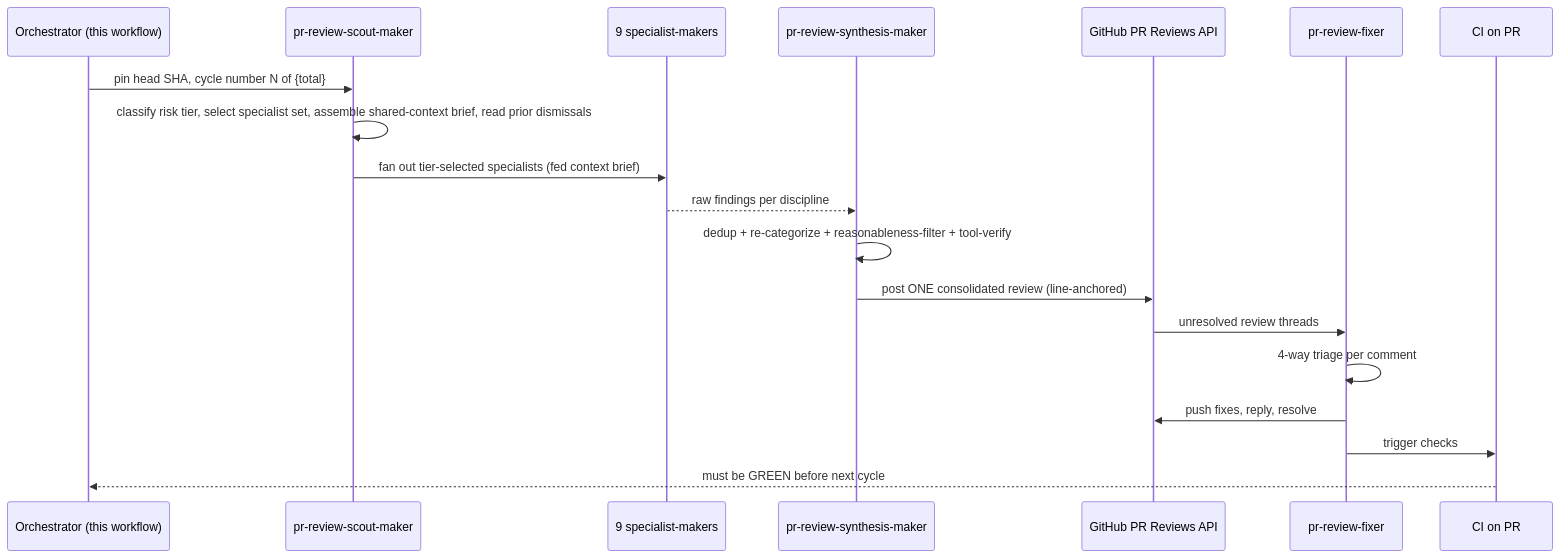
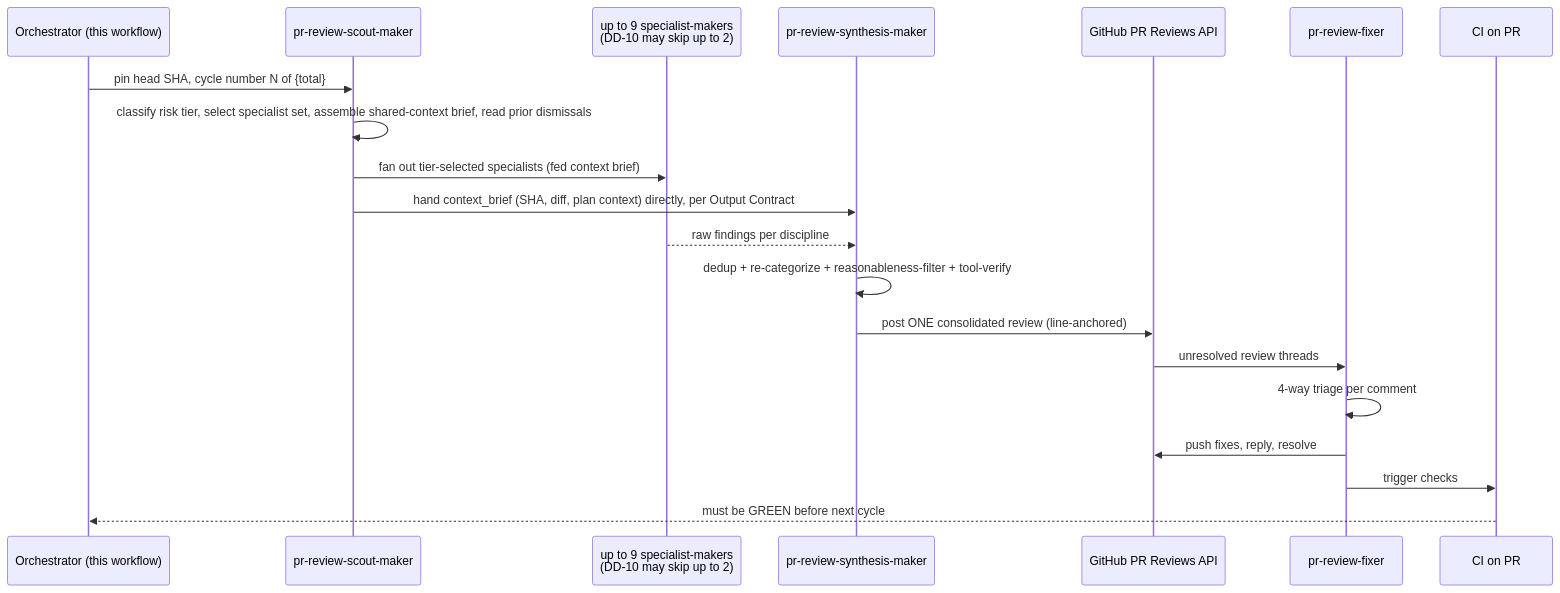
One commit to wahidyankf/open-sharia-fintech changed the second of 3 diagrams in repo-governance/workflows/pr/pr-review-quality-gate.md. Above: the diagram before and after it, drawn with Mermaid. The commit also changed other lines of this file and 40 other files, not shown here.

````diff
--- a/repo-governance/workflows/pr/pr-review-quality-gate.md
+++ b/repo-governance/workflows/pr/pr-review-quality-gate.md
@@ -160,22 +167,23 @@
 ```mermaid
 sequenceDiagram
   participant O as Orchestrator (this workflow)
   participant SC as pr-review-scout-maker
-  participant SP as 9 specialist-makers
+  participant SP as up to 9 specialist-makers<br/>(DD-10 may skip up to 2)
   participant SY as pr-review-synthesis-maker
   participant GH as GitHub PR Reviews API
   participant F as pr-review-fixer
   participant CI as CI on PR
 
   O->>SC: pin head SHA, cycle number N of {total}
   SC->>SC: classify risk tier, select specialist set, assemble shared-context brief, read prior dismissals
   SC->>SP: fan out tier-selected specialists (fed context brief)
+  SC->>SY: hand context_brief (SHA, diff, plan context) directly, per Output Contract
   SP-->>SY: raw findings per discipline
   SY->>SY: dedup + re-categorize + reasonableness-filter + tool-verify
   SY->>GH: post ONE consolidated review (line-anchored)
   GH->>F: unresolved review threads
   F->>F: 4-way triage per comment
   F->>GH: push fixes, reply, resolve
   F->>CI: trigger checks
   CI-->>O: must be GREEN before next cycle
 ```
````
